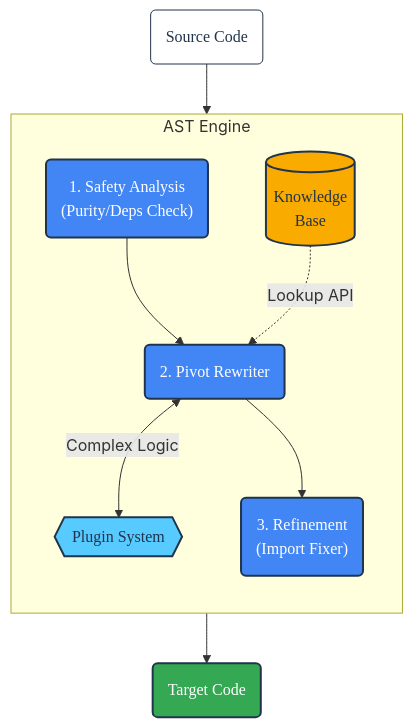
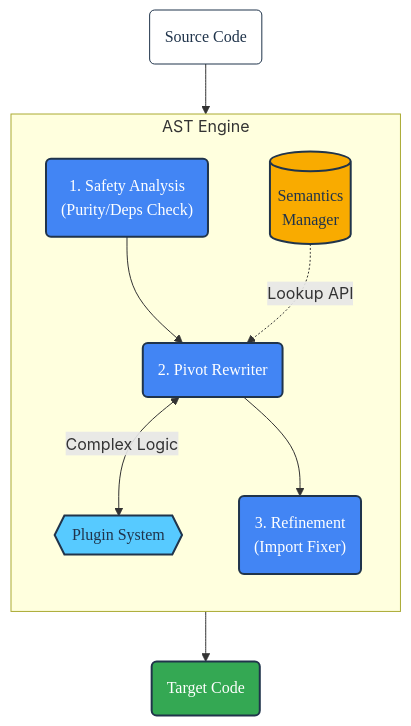
The second of 2 diagrams in ARCHITECTURE.md (SamuelMarks/ml-switcheroo), drawn with Mermaid before and after one commit. The commit also changed other lines of this file and 28 other files, not shown here.

````diff
--- a/ARCHITECTURE.md
+++ b/ARCHITECTURE.md
@@ -84,37 +86,37 @@
 ```mermaid
 graph TD
-    %% --- STYLE DEFINITIONS ---
-    classDef default font-family:'Google Sans Normal',color:#20344b,stroke:#20344b;
-    classDef artifact fill:#ffffff,stroke:#20344b,stroke-width:1px,color:#20344b,font-family:'Roboto Mono Normal',stroke-dasharray: 0;
-    classDef process fill:#4285f4,stroke:#20344b,stroke-width:2px,color:#ffffff,font-family:'Google Sans Medium',rx:5px;
-    classDef store fill:#f9ab00,stroke:#20344b,stroke-width:2px,color:#20344b,font-family:'Google Sans Medium',rx:0px;
-    classDef plugin fill:#57caff,stroke:#20344b,stroke-width:2px,color:#20344b,font-family:'Google Sans Medium',rx:5px;
-    classDef output fill:#34a853,stroke:#20344b,stroke-width:2px,color:#ffffff,font-family:'Google Sans Medium',rx:5px;
+    %% --- STYLE DEFINITIONS --- 
+    classDef default font-family:'Google Sans',color:#20344b,stroke:#20344b; 
+    classDef artifact fill:#ffffff,stroke:#20344b,stroke-width:1px,color:#20344b,font-family:'Roboto Mono',stroke-dasharray: 0; 
+    classDef process fill:#4285f4,stroke:#20344b,stroke-width:2px,color:#ffffff,font-family:'Google Sans',rx:5px; 
+    classDef kb fill:#f9ab00,stroke:#20344b,stroke-width:2px,color:#20344b,font-family:'Google Sans',rx:5px; 
+    classDef plugin fill:#57caff,stroke:#20344b,stroke-width:2px,color:#20344b,font-family:'Google Sans',rx:5px; 
+    classDef output fill:#34a853,stroke:#20344b,stroke-width:2px,color:#ffffff,font-family:'Google Sans',rx:5px; 
 
-    %% --- NODES ---
+    %% --- NODES --- 
     SRC("Source Code"):::artifact
     
-    subgraph ENGINE [AST Engine]
+    subgraph ENGINE ["AST Engine"]
         direction TB
         ANALYSIS("1. Safety Analysis<br/>(Purity/Deps Check)"):::process
         
-        JSON[("Knowledge<br/>Base")]:::store
+        SERVER[("Semantics<br/>Manager")]:::kb
         
         REWRITER("2. Pivot Rewriter"):::process
         PLUGINS{{Plugin System}}:::plugin
         
         FIXER("3. Refinement<br/>(Import Fixer)"):::process
     end
     
     TGT("Target Code"):::output
 
-    %% --- EDGES ---
+    %% --- EDGES --- 
     SRC --> ANALYSIS
     ANALYSIS --> REWRITER
     
-    JSON -.->|"Lookup API"| REWRITER
+    SERVER -.->|"Lookup API"| REWRITER
     REWRITER <-->|"Complex Logic"| PLUGINS
     
     REWRITER --> FIXER
     FIXER --> TGT
 ```
````
